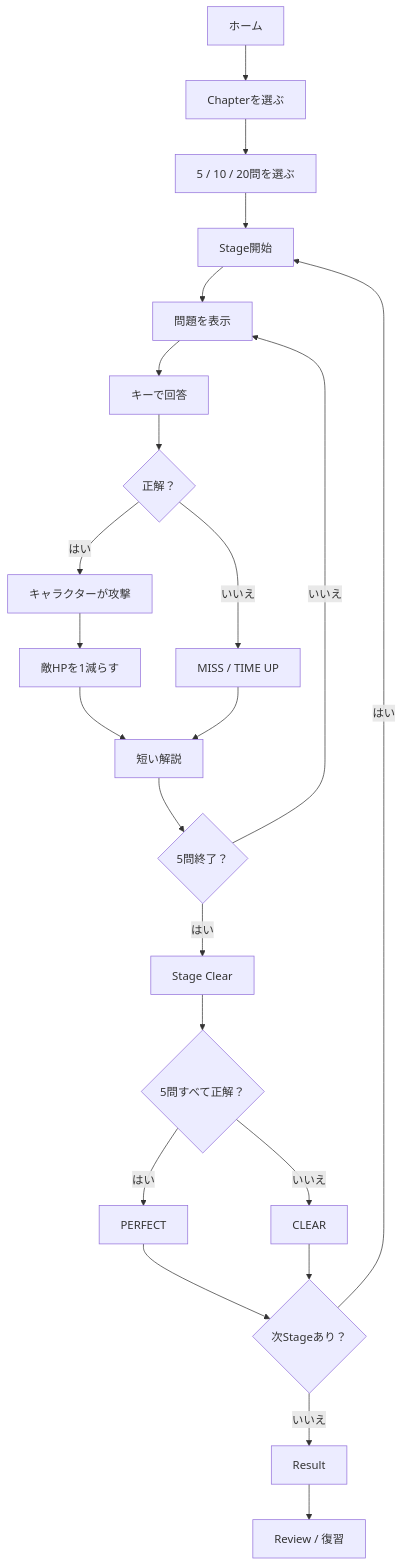
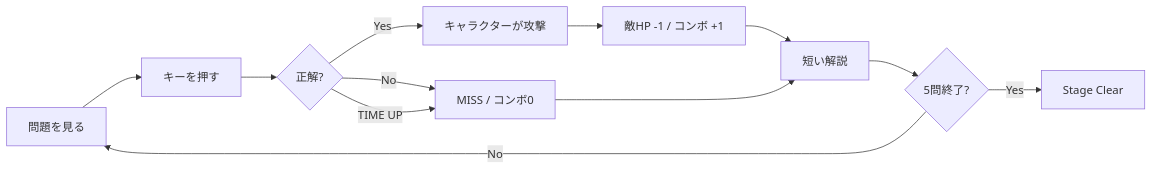
Before and after one commit to suu-dev-0203/graduation_JAVAgame: the first of 9 diagrams in README.md, drawn with Mermaid. The commit also changed other lines of this file, not shown here.

````diff
--- a/README.md
+++ b/README.md
@@ -1142,25 +90,14 @@
 ```mermaid
-flowchart TD
-    A[ホーム] --> B[Chapterを選ぶ]
-    B --> C[5 / 10 / 20問を選ぶ]
-    C --> D[Stage開始]
-    D --> E[問題を表示]
-    E --> F[キーで回答]
-    F --> G{正解？}
-    G -- はい --> H[キャラクターが攻撃]
-    H --> I[敵HPを1減らす]
-    G -- いいえ --> J[MISS / TIME UP]
-    I --> K[短い解説]
-    J --> K
-    K --> L{5問終了？}
-    L -- いいえ --> E
-    L -- はい --> M[Stage Clear]
-    M --> N{5問すべて正解？}
-    N -- はい --> O[PERFECT]
-    N -- いいえ --> P[CLEAR]
-    O --> Q{次Stageあり？}
-    P --> Q
-    Q -- はい --> D
-    Q -- いいえ --> R[Result]
-    R --> S[Review / 復習]
+flowchart LR
+    A[問題を見る] --> B[キーを押す]
+    B --> C{正解?}
+    C -- Yes --> D[キャラクターが攻撃]
+    D --> E[敵HP -1 / コンボ +1]
+    C -- No --> F[MISS / コンボ0]
+    C -- TIME UP --> F
+    E --> G[短い解説]
+    F --> G
+    G --> H{5問終了?}
+    H -- No --> A
+    H -- Yes --> I[Stage Clear]
 ```
````
